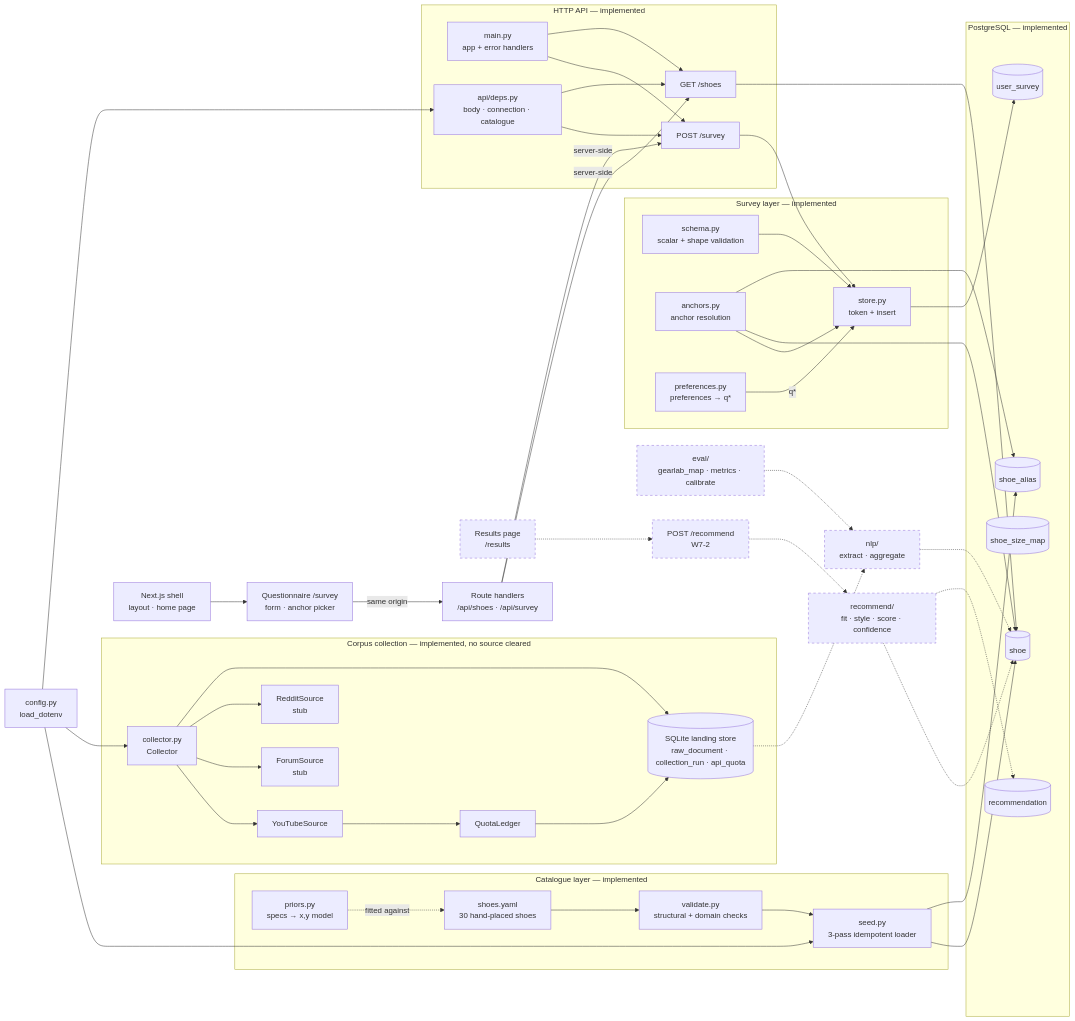
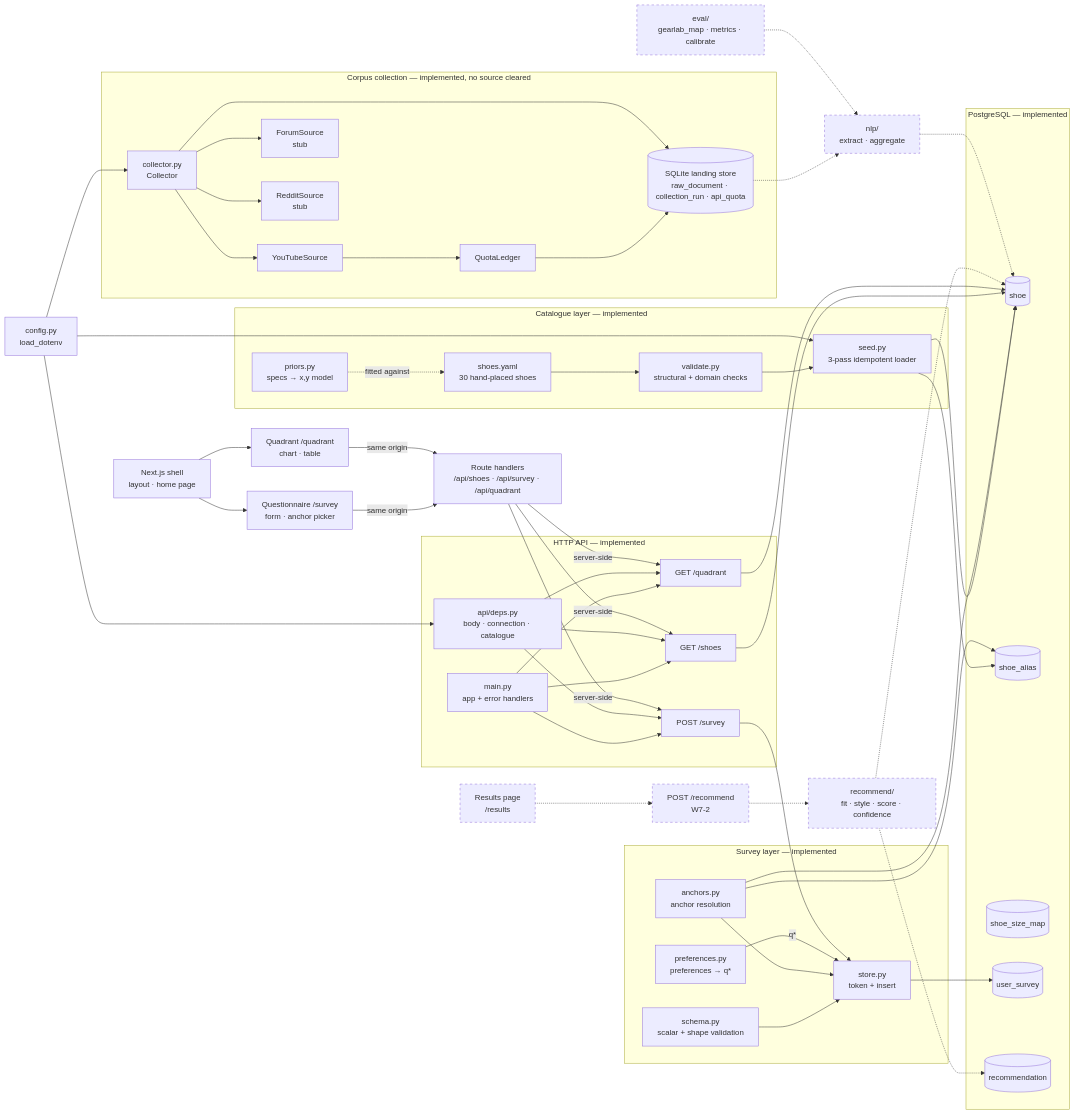
One commit to barlu3/CruxUp changed the first of 2 diagrams in docs/ARCHITECTURE.md. Above: the diagram before and after it, drawn with Mermaid. The commit also changed other lines of this file and 2 other files, not shown here.

```diff
--- a/docs/ARCHITECTURE.md
+++ b/docs/ARCHITECTURE.md
@@ -70,6 +70,7 @@
     DEPS[api/deps.py<br/>body · connection · catalogue]
     RSURV[POST /survey]
     RSHOE[GET /shoes]
+    RQUAD[GET /quadrant]
   end
 
   CFG[config.py<br/>load_dotenv]
@@ -89,11 +90,14 @@
   PREF -->|"q*"| STO
   MAIN --> RSURV
   MAIN --> RSHOE
+  MAIN --> RQUAD
   DEPS --> RSURV
   DEPS --> RSHOE
+  DEPS --> RQUAD
   CFG --> DEPS
   RSURV --> STO
   RSHOE --> SHOE
+  RQUAD --> SHOE
 
   RREC[POST /recommend<br/>W7-2]:::planned
   SCORE[recommend/<br/>fit · style · score · confidence]:::planned
@@ -101,13 +105,17 @@
   EVAL[eval/<br/>gearlab_map · metrics · calibrate]:::planned
   SHELL[Next.js shell<br/>layout · home page]
   SURVEYUI[Questionnaire /survey<br/>form · anchor picker]
-  RELAY[Route handlers<br/>/api/shoes · /api/survey]
+  QUADUI[Quadrant /quadrant<br/>chart · table]
+  RELAY[Route handlers<br/>/api/shoes · /api/survey · /api/quadrant]
   WEB[Results page<br/>/results]:::planned
 
   SHELL --> SURVEYUI
+  SHELL --> QUADUI
   SURVEYUI -->|same origin| RELAY
+  QUADUI -->|same origin| RELAY
   RELAY -->|server-side| RSHOE
   RELAY -->|server-side| RSURV
+  RELAY -->|server-side| RQUAD
   WEB -.-> RREC -.-> SCORE -.-> SHOE
   SCORE -.-> REC
   LAND -.-> NLP -.-> SHOE
```
